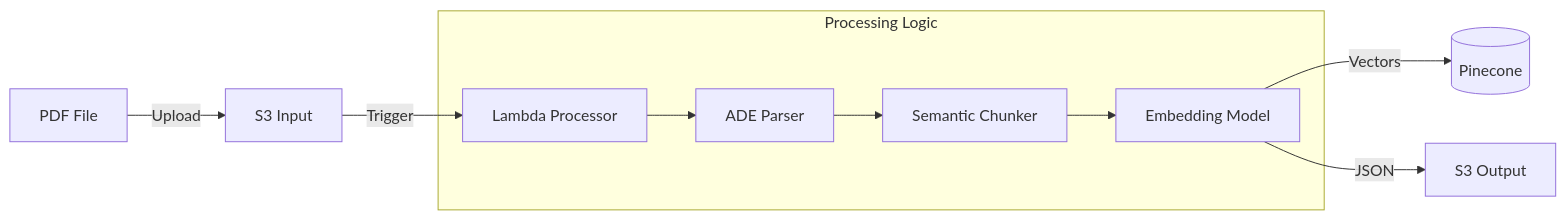
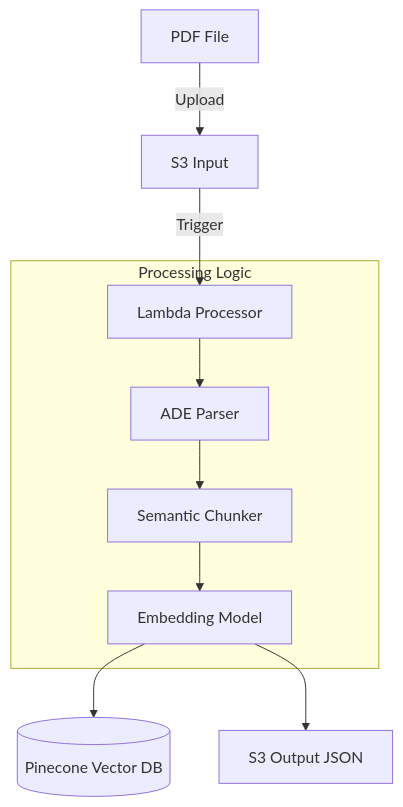
One commit to Khadka-Bishal/DeepRecall changed the third of 4 diagrams in README.md. Above: the diagram before and after it, drawn with Mermaid. The commit also changed other lines of this file, not shown here.

Commit message:
docs: finalize vertical layout for all architecture diagrams

````diff
--- a/README.md
+++ b/README.md
@@ -78,14 +76,14 @@
 ```mermaid
-graph LR
+graph TD
     PDF[PDF File] -->|Upload| S3[S3 Input]
     S3 -->|Trigger| L[Lambda Processor]
     
-    subgraph "Processing Logic"
+    subgraph Processing ["Processing Logic"]
         L --> P[ADE Parser]
         P --> C[Semantic Chunker]
         C --> E[Embedding Model]
     end
     
-    E -->|Vectors| DB[(Pinecone)]
-    E -->|JSON| Out[S3 Output]
+    E --> DB[(Pinecone Vector DB)]
+    E --> Out[S3 Output JSON]
 ```
````
